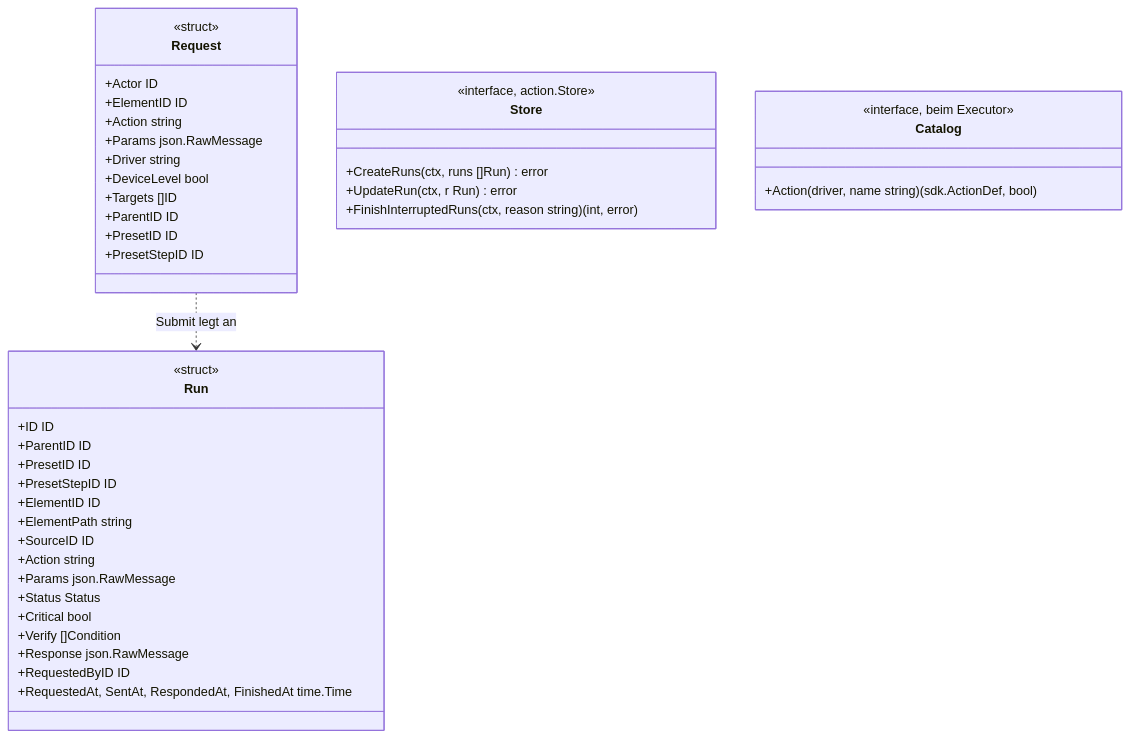
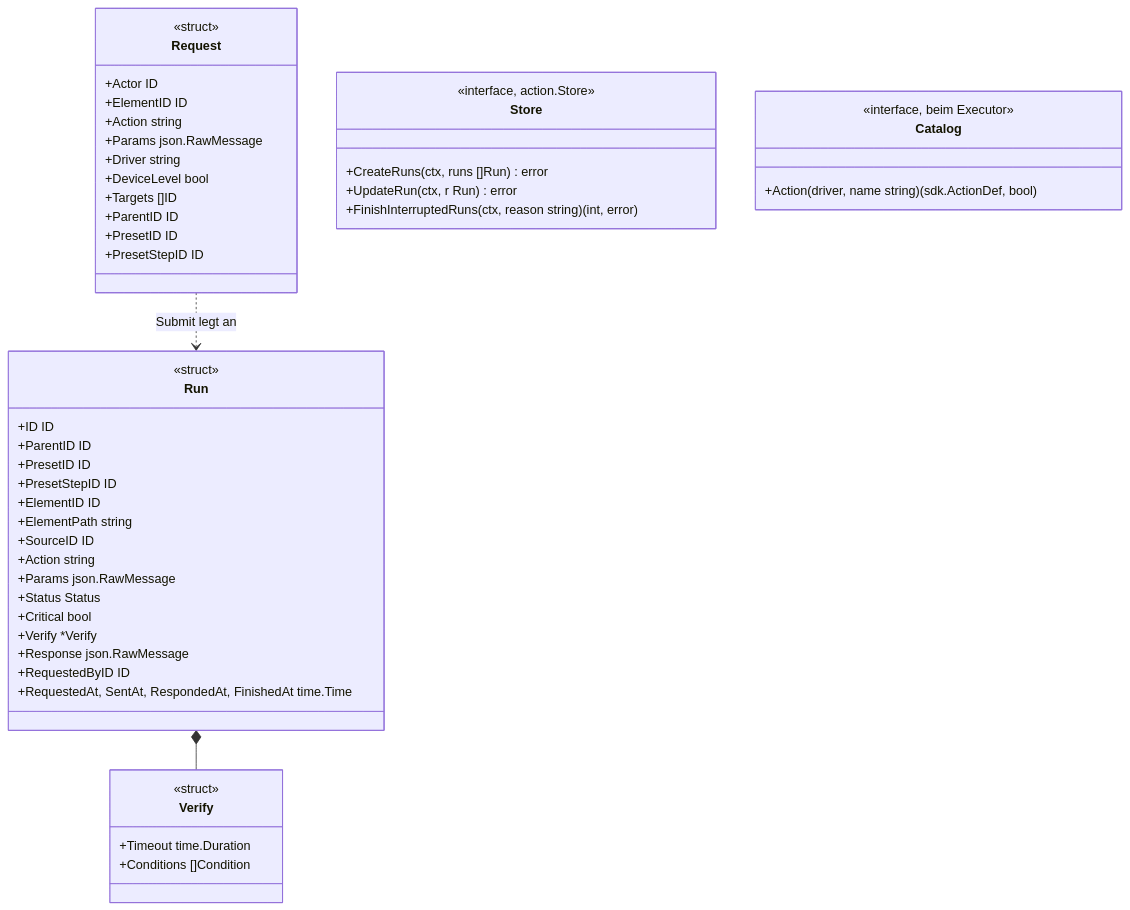
One commit to lukirs95/monika changed the third of 6 diagrams in docs/contracts/services.md. Above: the diagram before and after it, drawn with Mermaid. The commit also changed 9 other files, not shown here.

````diff
--- a/docs/contracts/services.md
+++ b/docs/contracts/services.md
@@ -89,45 +89,51 @@
 ```mermaid
 classDiagram
     class Request {
         <<struct>>
         +Actor ID
         +ElementID ID
         +Action string
         +Params json.RawMessage
         +Driver string
         +DeviceLevel bool
         +Targets []ID
         +ParentID ID
         +PresetID ID
         +PresetStepID ID
     }
     class Run {
         <<struct>>
         +ID ID
         +ParentID ID
         +PresetID ID
         +PresetStepID ID
         +ElementID ID
         +ElementPath string
         +SourceID ID
         +Action string
         +Params json.RawMessage
         +Status Status
         +Critical bool
-        +Verify []Condition
+        +Verify *Verify
         +Response json.RawMessage
         +RequestedByID ID
         +RequestedAt, SentAt, RespondedAt, FinishedAt time.Time
     }
     class Store {
         <<interface, action.Store>>
         +CreateRuns(ctx, runs []Run) error
         +UpdateRun(ctx, r Run) error
         +FinishInterruptedRuns(ctx, reason string) (int, error)
     }
     class Catalog {
         <<interface, beim Executor>>
         +Action(driver, name string) (sdk.ActionDef, bool)
     }
+    class Verify {
+        <<struct>>
+        +Timeout time.Duration
+        +Conditions []Condition
+    }
+    Run *-- Verify
     Request ..> Run : Submit legt an
 ```
````
